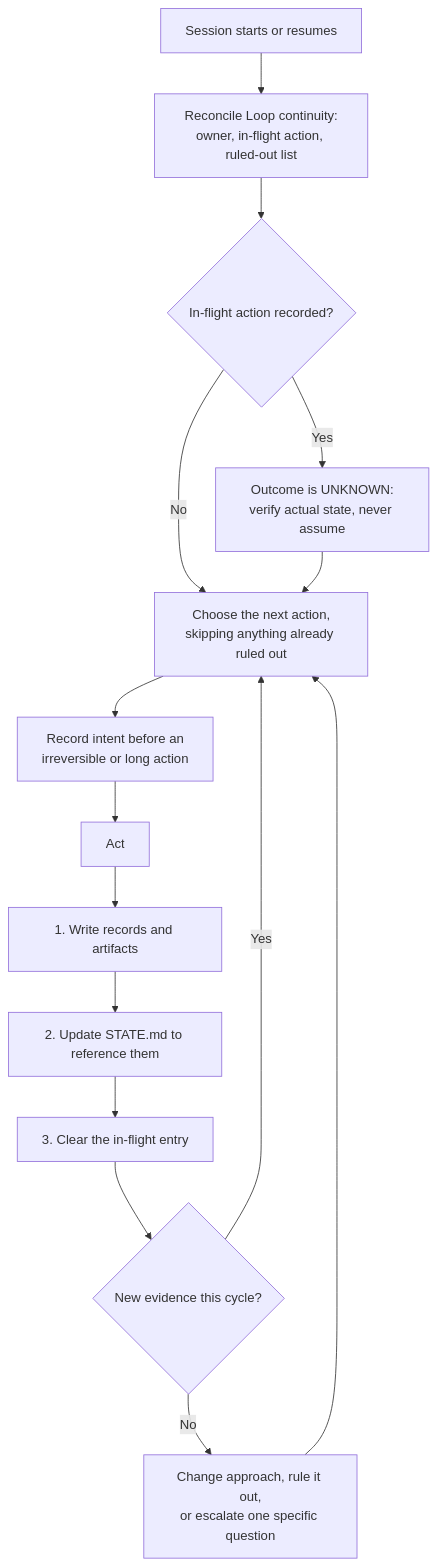
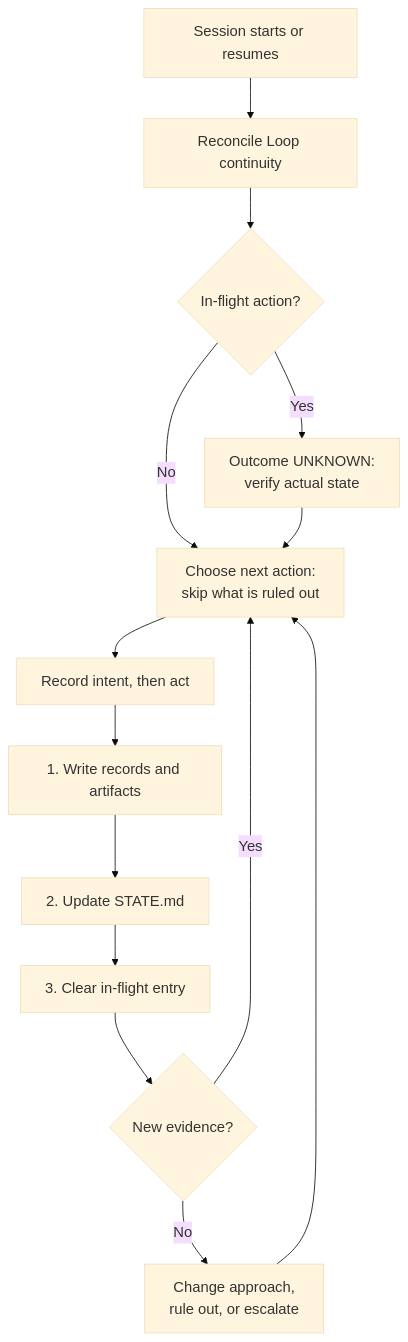
The second of 2 diagrams in README.md (TungDoIt/agentic-engineering-template), drawn with Mermaid before and after one commit. The commit also changed other lines of this file, not shown here.

First paragraph of the commit message:
Improve README diagram legibility
Addresses two reported rendering problems in the README workflow diagrams:
text too small, and connections looking skewed.

````diff
--- a/README.md
+++ b/README.md
@@ -151,17 +152,17 @@
 ```mermaid
+%%{init: {'theme': 'base', 'themeVariables': {'fontSize': '18px'}}}%%
 flowchart TD
-    R[Session starts or resumes] --> RC[Reconcile Loop continuity:<br/>owner, in-flight action, ruled-out list]
-    RC --> IF{In-flight action recorded?}
-    IF -->|Yes| VF[Outcome is UNKNOWN:<br/>verify actual state, never assume]
-    IF -->|No| CH[Choose the next action,<br/>skipping anything already ruled out]
+    R[Session starts or resumes] --> RC[Reconcile Loop continuity]
+    RC --> IF{In-flight action?}
+    IF -->|Yes| VF[Outcome UNKNOWN:<br/>verify actual state]
+    IF -->|No| CH[Choose next action:<br/>skip what is ruled out]
     VF --> CH
-    CH --> WA[Record intent before an<br/>irreversible or long action]
-    WA --> AC[Act]
-    AC --> WR[1. Write records and artifacts]
-    WR --> US[2. Update STATE.md to reference them]
-    US --> CL[3. Clear the in-flight entry]
-    CL --> PG{New evidence this cycle?}
+    CH --> WA[Record intent, then act]
+    WA --> WR[1. Write records and artifacts]
+    WR --> US[2. Update STATE.md]
+    US --> CL[3. Clear in-flight entry]
+    CL --> PG{New evidence?}
     PG -->|Yes| CH
-    PG -->|No| ES[Change approach, rule it out,<br/>or escalate one specific question]
+    PG -->|No| ES[Change approach,<br/>rule out, or escalate]
     ES --> CH
 ```
````
